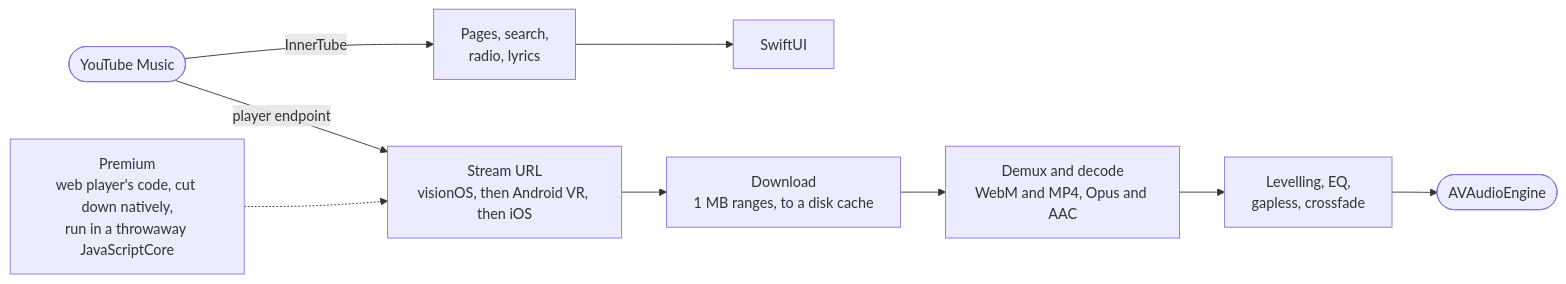
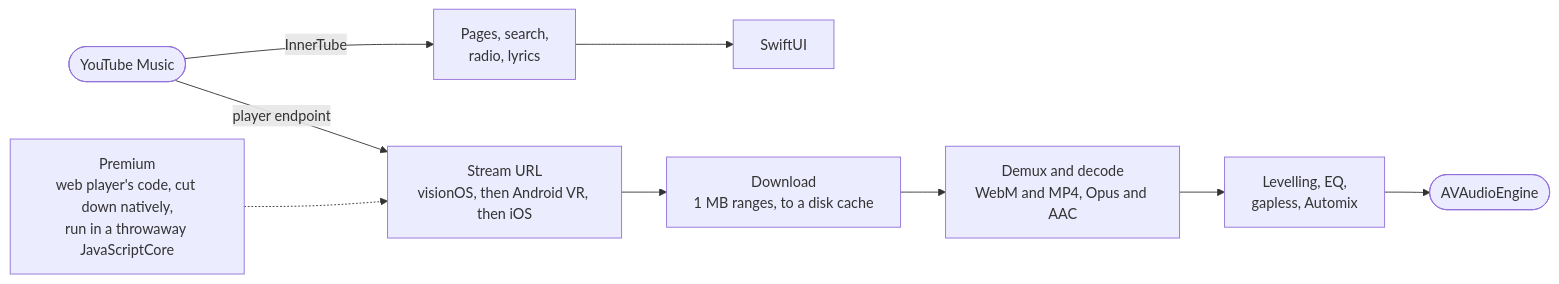
The diagram in README.md (Visxoz/Lily-ios), drawn with Mermaid before and after one commit. The commit also changed other lines of this file and 28 other files, not shown here.

````diff
--- a/README.md
+++ b/README.md
@@ -241,11 +121,11 @@
 ```mermaid
 flowchart LR
     yt(["YouTube Music"]) -->|InnerTube| pages["Pages, search,<br/>radio, lyrics"]
     yt -->|player endpoint| url["Stream URL<br/>visionOS, then Android VR, then iOS"]
     premium["Premium<br/>web player's code, cut down natively,<br/>run in a throwaway JavaScriptCore"] -.-> url
     url --> dl["Download<br/>1 MB ranges, to a disk cache"]
     dl --> dec["Demux and decode<br/>WebM and MP4, Opus and AAC"]
-    dec --> fx["Levelling, EQ,<br/>gapless, crossfade"]
+    dec --> fx["Levelling, EQ,<br/>gapless, Automix"]
     fx --> out(["AVAudioEngine"])
     pages --> ui["SwiftUI"]
 ```
````
